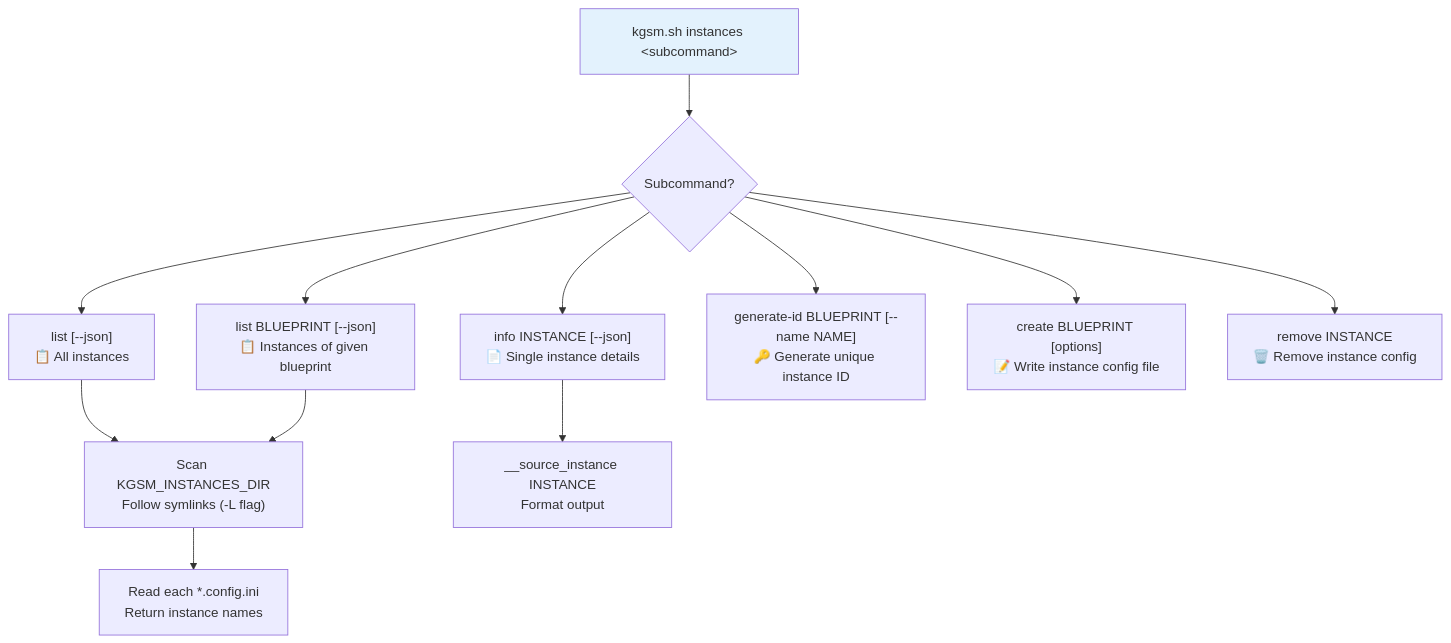
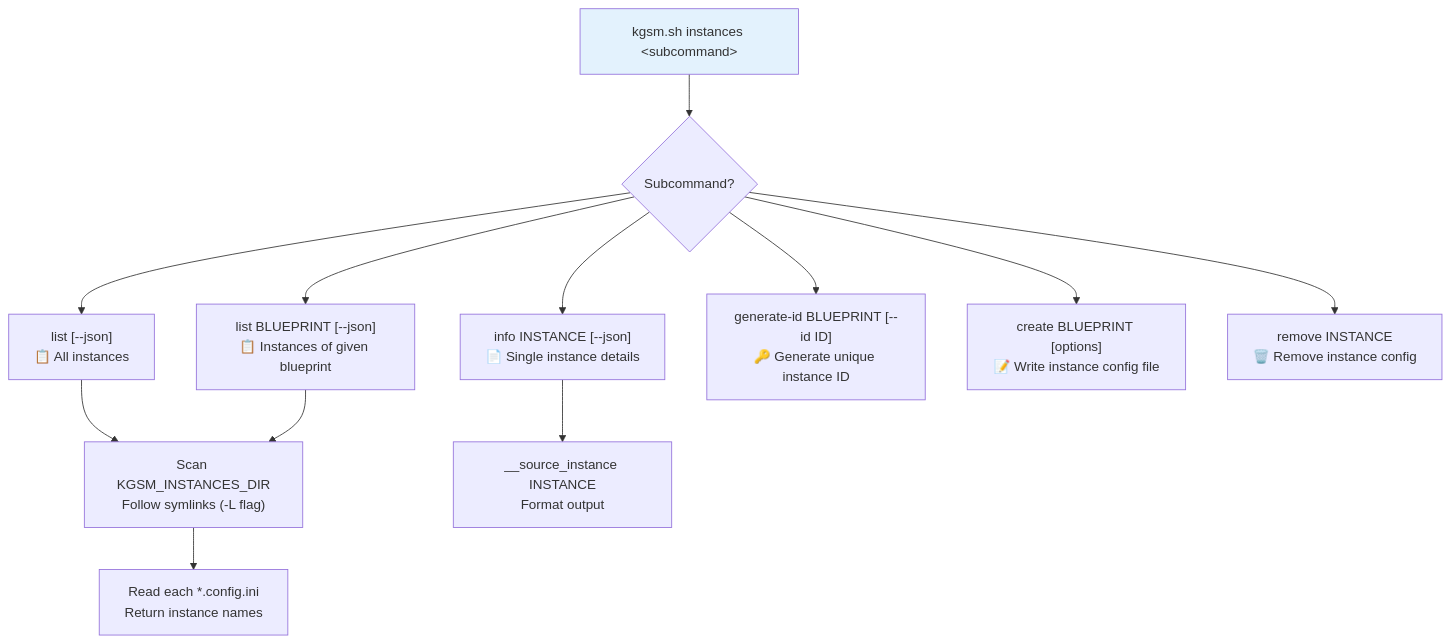
Before and after one commit to TheKrystalShip/kgsm: the eighth of 9 diagrams in docs/execution_flows.md, drawn with Mermaid. The commit also changed other lines of this file and 28 other files, not shown here.

````diff
--- a/docs/execution_flows.md
+++ b/docs/execution_flows.md
@@ -415,17 +415,17 @@
 ```mermaid
 graph TD
     A["kgsm.sh instances &lt;subcommand&gt;"] --> B{Subcommand?}
 
     B --> C["list [--json]<br/>📋 All instances"]
     B --> D["list BLUEPRINT [--json]<br/>📋 Instances of given blueprint"]
     B --> E["info INSTANCE [--json]<br/>📄 Single instance details"]
-    B --> F["generate-id BLUEPRINT [--name NAME]<br/>🔑 Generate unique instance ID"]
+    B --> F["generate-id BLUEPRINT [--id ID]<br/>🔑 Generate unique instance ID"]
     B --> G["create BLUEPRINT [options]<br/>📝 Write instance config file"]
     B --> H["remove INSTANCE<br/>🗑️ Remove instance config"]
 
     C & D --> I["Scan KGSM_INSTANCES_DIR<br/>Follow symlinks (-L flag)"]
     I --> J["Read each *.config.ini<br/>Return instance names"]
     E --> K["__source_instance INSTANCE<br/>Format output"]
 
     style A fill:#e3f2fd
 ```
````
